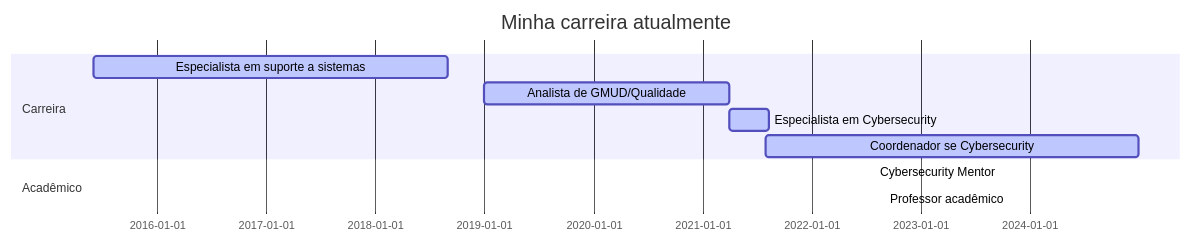
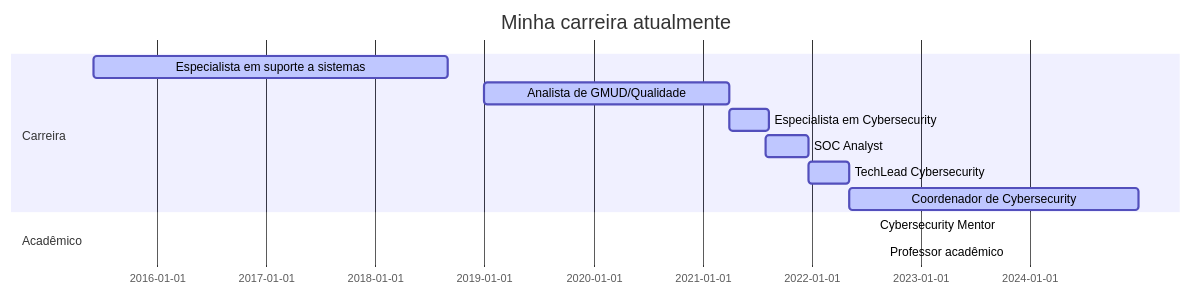
One commit to Ridd1kulusC0d3r/Ridd1kulusC0d3r changed the diagram in README.md. Above: the diagram before and after it, drawn with Mermaid.

````diff
--- a/README.md
+++ b/README.md
@@ -8,16 +8,18 @@
 ```mermaid
 
 gantt
 dateFormat  YYYY-MM-DD
 title Minha carreira atualmente
 
 section Carreira
 Especialista em suporte a sistemas       :active,, 2015-06-01,2018-09-01
 Analista de GMUD/Qualidade          :active,, 2019-01-01,2021-04-01
 Especialista em Cybersecurity         :active,, 2021-04-01,2021-08-10
-Coordenador se Cybersecurity                :active,, 2021-08-01,2024-12-31
+SOC Analyst              :active,, 2021-08-01,2021-12-20
+TechLead Cybersecurity             :active,, 2021-12-20,2022-05-08
+Coordenador de Cybersecurity                :active,, 2022-05-08,2024-12-31
 
 section Acadêmico
 Cybersecurity Mentor :active,, 2022-08-01,2024-06-31
 Professor acadêmico              :active,, 2022-09-01,2024-06-31
 ```
````
